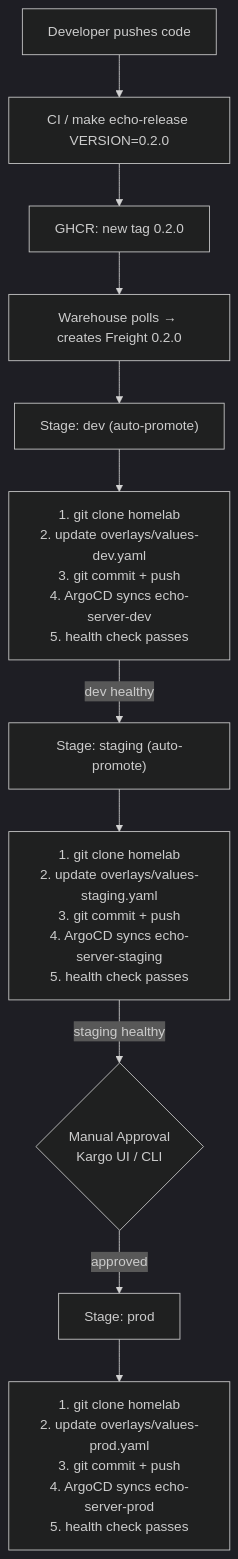
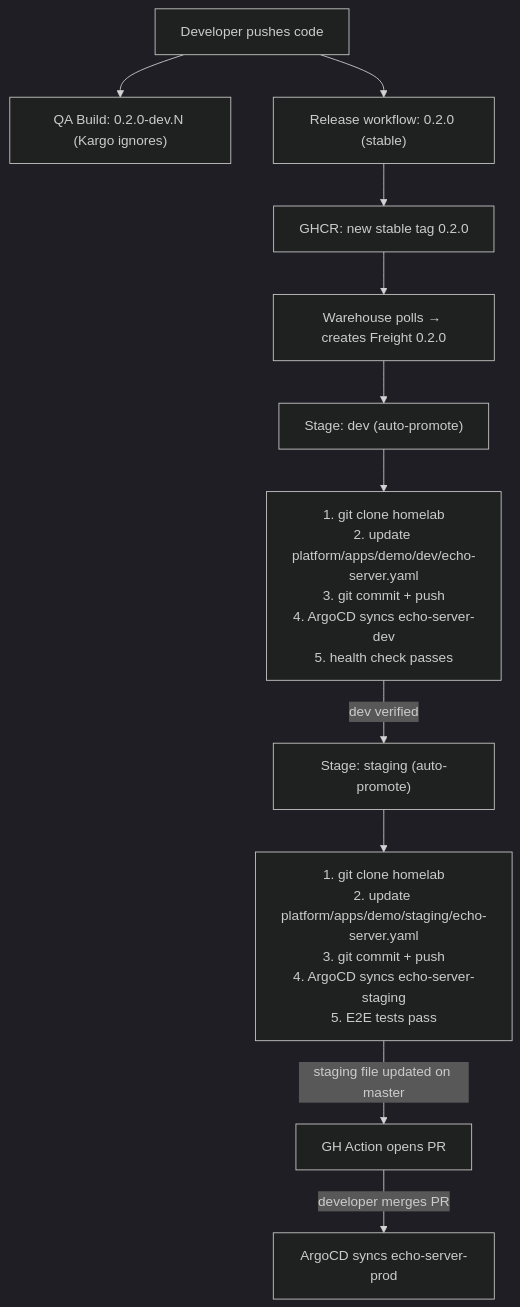
One commit to AaronRoethe/homelab changed the second of 3 diagrams in docs/infra/multi-environment-deployment.md. Above: the diagram before and after it, drawn with Mermaid (dark theme). The commit also changed other lines of this file and 14 other files, not shown here.

````diff
--- a/docs/infra/multi-environment-deployment.md
+++ b/docs/infra/multi-environment-deployment.md
@@ -72,16 +71,16 @@
 ```mermaid
 flowchart TD
-    push["Developer pushes code"] --> build["CI / make echo-release VERSION=0.2.0"]
-    build --> ghcr["GHCR: new tag 0.2.0"]
+    push["Developer pushes code"] --> dev_build["QA Build: 0.2.0-dev.N (Kargo ignores)"]
+    push --> release["Release workflow: 0.2.0 (stable)"]
+    release --> ghcr["GHCR: new stable tag 0.2.0"]
     ghcr --> warehouse["Warehouse polls → creates Freight 0.2.0"]
 
     warehouse --> dev["Stage: dev (auto-promote)"]
-    dev --> dev_steps["1. git clone homelab<br/>2. update overlays/values-dev.yaml<br/>3. git commit + push<br/>4. ArgoCD syncs echo-server-dev<br/>5. health check passes"]
+    dev --> dev_steps["1. git clone homelab<br/>2. update platform/apps/demo/dev/echo-server.yaml<br/>3. git commit + push<br/>4. ArgoCD syncs echo-server-dev<br/>5. health check passes"]
 
-    dev_steps -->|"dev healthy"| staging["Stage: staging (auto-promote)"]
-    staging --> stg_steps["1. git clone homelab<br/>2. update overlays/values-staging.yaml<br/>3. git commit + push<br/>4. ArgoCD syncs echo-server-staging<br/>5. health check passes"]
+    dev_steps -->|"dev verified"| staging["Stage: staging (auto-promote)"]
+    staging --> stg_steps["1. git clone homelab<br/>2. update platform/apps/demo/staging/echo-server.yaml<br/>3. git commit + push<br/>4. ArgoCD syncs echo-server-staging<br/>5. E2E tests pass"]
 
-    stg_steps -->|"staging healthy"| gate{"Manual Approval<br/>Kargo UI / CLI"}
-    gate -->|"approved"| prod["Stage: prod"]
-    prod --> prod_steps["1. git clone homelab<br/>2. update overlays/values-prod.yaml<br/>3. git commit + push<br/>4. ArgoCD syncs echo-server-prod<br/>5. health check passes"]
+    stg_steps -->|"staging file updated on master"| prod_pr["GH Action opens PR"]
+    prod_pr -->|"developer merges PR"| prod["ArgoCD syncs echo-server-prod"]
 ```
````
